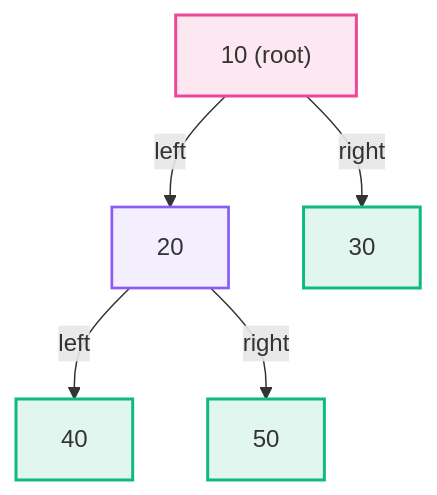
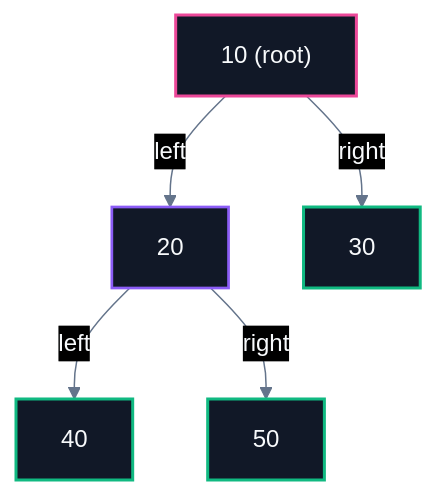
One commit to abhinavbharti2345/CS_Notes changed the first of 5 diagrams in CS/DSA/07. Trees & BSTs/02. Binary Tree Traversals.md. Above: the diagram before and after it, drawn with Mermaid. The commit also changed other lines of this file and 195 other files, not shown here.

````diff
--- a/CS/DSA/07. Trees & BSTs/02. Binary Tree Traversals.md
+++ b/CS/DSA/07. Trees & BSTs/02. Binary Tree Traversals.md
@@ -39,20 +39,21 @@
 ```mermaid
+%%{init: {'theme': 'base', 'themeVariables': { 'darkMode': true, 'background': '#0B0F14', 'mainBkg': '#111827', 'primaryColor': '#111827', 'primaryTextColor': '#F8FAFC', 'primaryBorderColor': '#38BDF8', 'lineColor': '#64748B', 'secondaryColor': '#0B0F14', 'tertiaryColor': '#0B0F14', 'clusterBkg': '#0B0F14', 'clusterBorder': '#38BDF8' }}}%%
 flowchart TD
     N10["10 (root)"]
     N20["20"]
     N30["30"]
     N40["40"]
     N50["50"]
 
     N10 -->|left| N20
     N10 -->|right| N30
     N20 -->|left| N40
     N20 -->|right| N50
 
-    classDef rootStyle fill:#ec489920,stroke:#ec4899,stroke-width:2px;
-    classDef nodeStyle fill:#8b5cf618,stroke:#8b5cf6,stroke-width:1.8px;
-    classDef leafStyle fill:#10b98120,stroke:#10b981,stroke-width:2px;
+    classDef rootStyle fill:#111827,stroke:#ec4899,stroke-width:2px,color:#F8FAFC;
+    classDef nodeStyle fill:#111827,stroke:#8b5cf6,stroke-width:1.8px,color:#F8FAFC;
+    classDef leafStyle fill:#111827,stroke:#10b981,stroke-width:2px,color:#F8FAFC;
     class N10 rootStyle;
     class N20 nodeStyle;
     class N30,N40,N50 leafStyle;
 ```
````
